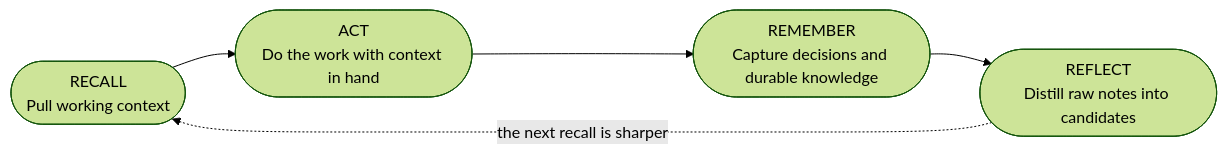
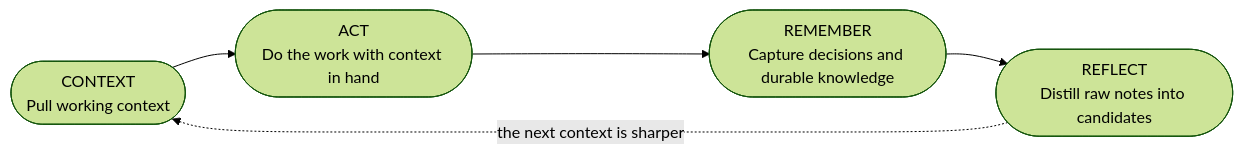
One commit to hyperb1iss/sibyl changed the diagram in docs/guide/memory-loop.md. Above: the diagram before and after it, drawn with Mermaid (forest theme). The commit also changed other lines of this file and 48 other files, not shown here.

````diff
--- a/docs/guide/memory-loop.md
+++ b/docs/guide/memory-loop.md
@@ -12,9 +12,9 @@
 ```mermaid
 flowchart LR
-    R(["RECALL<br/>Pull working context"])
+    R(["CONTEXT<br/>Pull working context"])
     A(["ACT<br/>Do the work with context in hand"])
     M(["REMEMBER<br/>Capture decisions and durable knowledge"])
     RF(["REFLECT<br/>Distill raw notes into candidates"])
     R --> A --> M --> RF
-    RF -.->|the next recall is sharper| R
+    RF -.->|the next context is sharper| R
 ```
````
